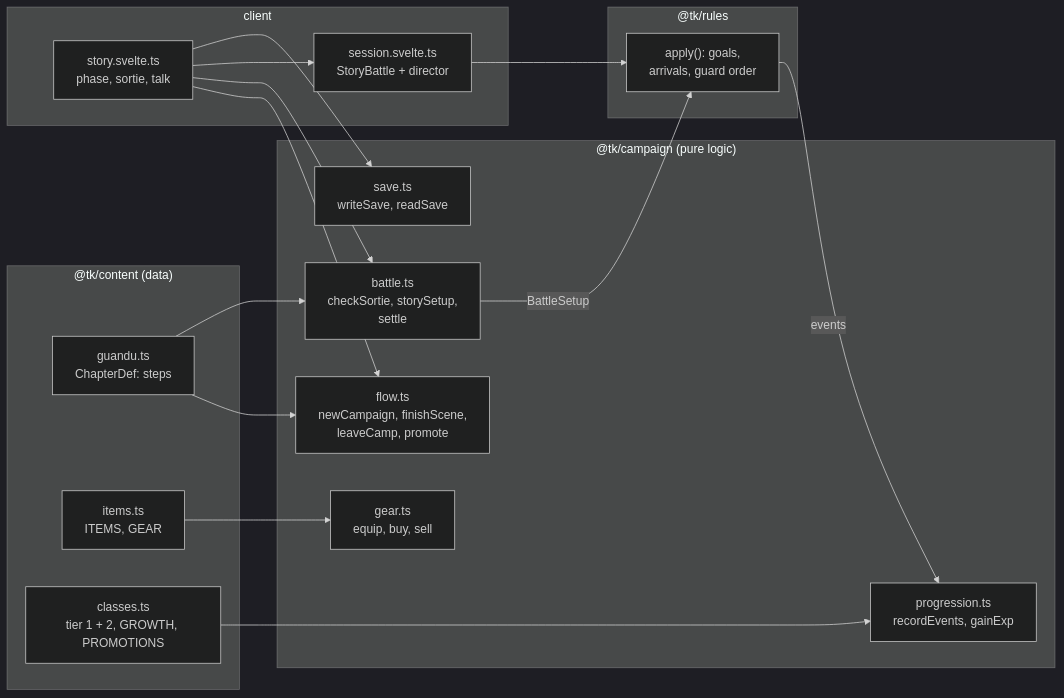
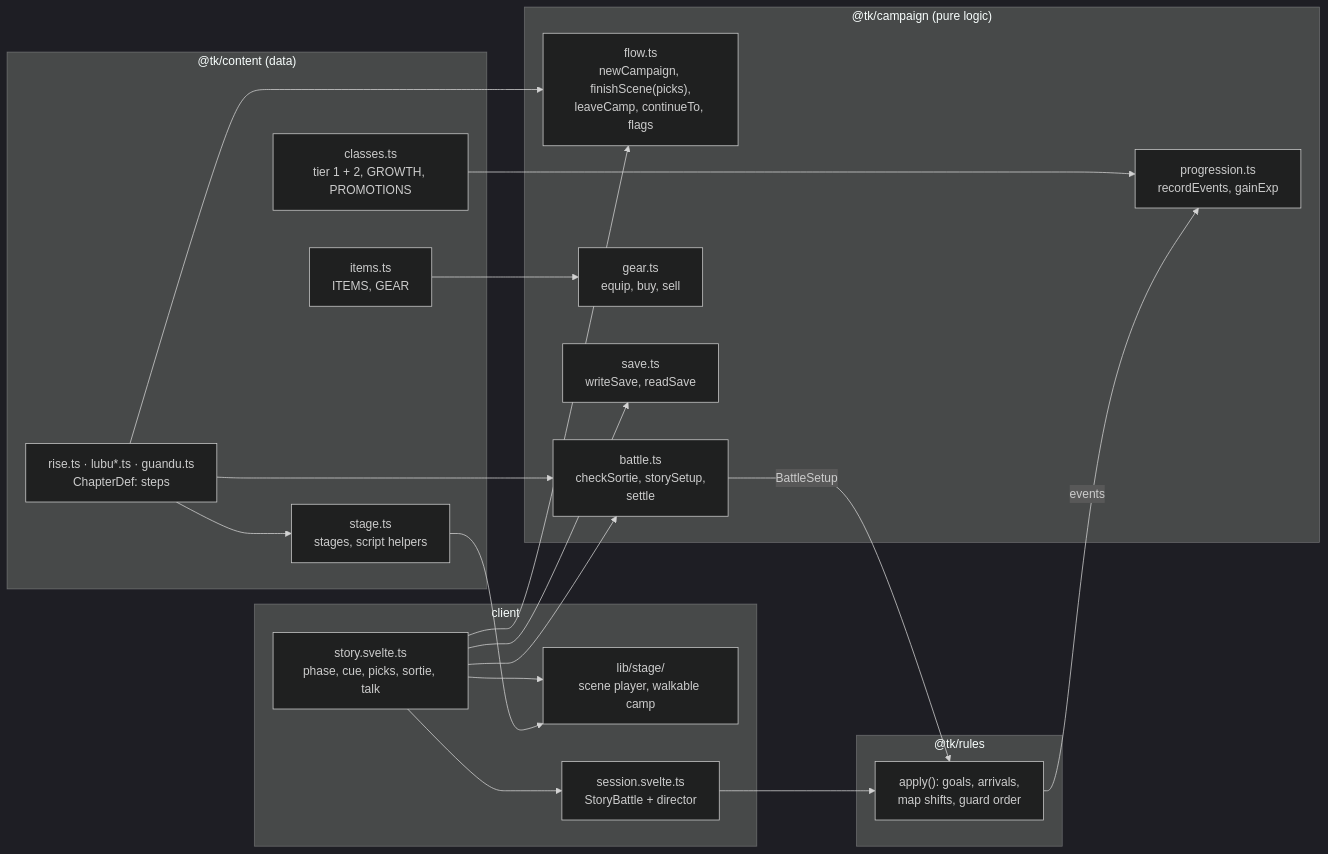
The fourth of 4 diagrams in docs/remake/STORY.md (dudueul/caocao), drawn with Mermaid (dark theme) before and after one commit. The commit also changed 20 other files, not shown here.

First line of the commit message:
Act scenes out on their stages, and walk the camp

````diff
--- a/docs/remake/STORY.md
+++ b/docs/remake/STORY.md
@@ -112,33 +112,38 @@
 ```mermaid
 flowchart LR
   subgraph content["@tk/content (data)"]
-    CH["guandu.ts<br/>ChapterDef: steps"]
+    CH["rise.ts · lubu*.ts · guandu.ts<br/>ChapterDef: steps"]
+    SG["stage.ts<br/>stages, script helpers"]
     IT["items.ts<br/>ITEMS, GEAR"]
     CL["classes.ts<br/>tier 1 + 2, GROWTH, PROMOTIONS"]
   end
   subgraph campaign["@tk/campaign (pure logic)"]
-    FL["flow.ts<br/>newCampaign, finishScene,<br/>leaveCamp, promote"]
+    FL["flow.ts<br/>newCampaign, finishScene(picks),<br/>leaveCamp, continueTo, flags"]
     BA["battle.ts<br/>checkSortie, storySetup,<br/>settle"]
     PR["progression.ts<br/>recordEvents, gainExp"]
     GE["gear.ts<br/>equip, buy, sell"]
     SA["save.ts<br/>writeSave, readSave"]
   end
   subgraph rules["@tk/rules"]
-    AP["apply(): goals,<br/>arrivals, guard order"]
+    AP["apply(): goals, arrivals,<br/>map shifts, guard order"]
   end
   subgraph client["client"]
-    ST["story.svelte.ts<br/>phase, sortie, talk"]
+    ST["story.svelte.ts<br/>phase, cue, picks, sortie, talk"]
+    SP["lib/stage/<br/>scene player, walkable camp"]
     SE["session.svelte.ts<br/>StoryBattle + director"]
   end
   CH --> FL
   CH --> BA
   IT --> GE
   CL --> PR
   BA -->|BattleSetup| AP
   AP -->|events| PR
   ST --> FL
   ST --> BA
   ST --> SE
   SE --> AP
   ST --> SA
+  ST --> SP
+  SG --> SP
+  CH --> SG
 ```
````
